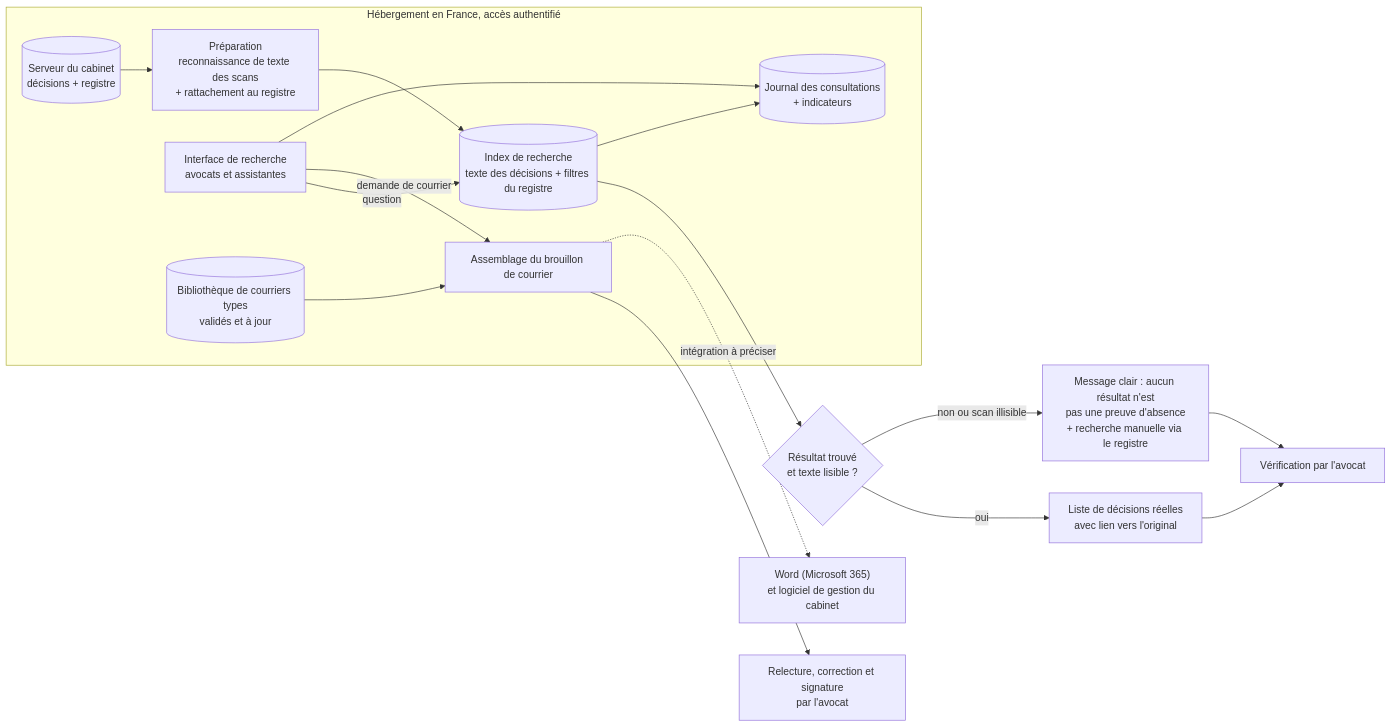
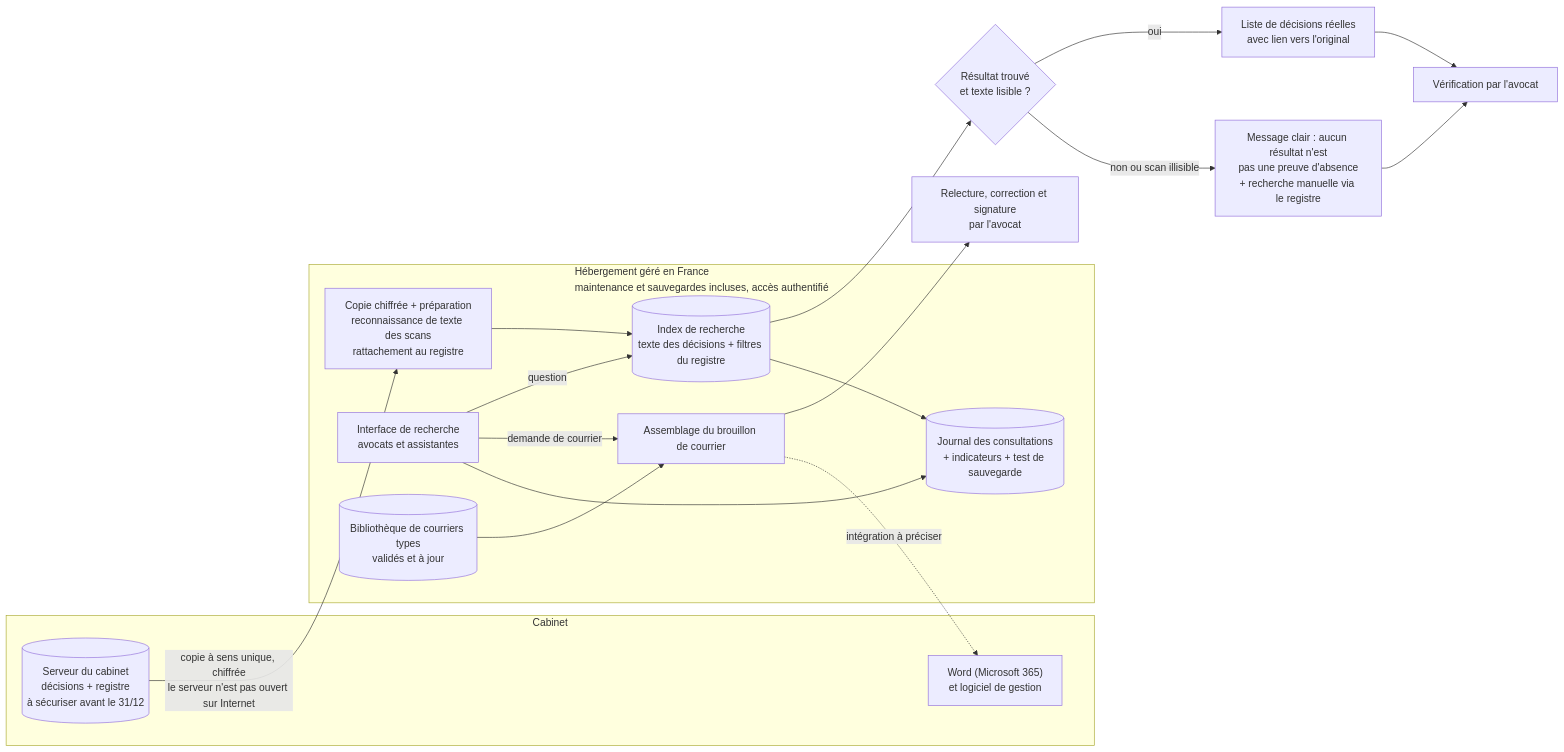
The diagram in schema_archi_cible.md (A949196/m8-b1-tom-carpentier), drawn with Mermaid before and after one commit. The commit also changed other lines of this file and 2 other files, not shown here.

````diff
--- a/schema_archi_cible.md
+++ b/schema_archi_cible.md
@@ -3,28 +3,32 @@
 ```mermaid
 flowchart LR
-    subgraph FR["Hébergement en France, accès authentifié"]
-        SRC[("Serveur du cabinet<br/>décisions + registre")]
-        PREP["Préparation<br/>reconnaissance de texte des scans<br/>+ rattachement au registre"]
+    subgraph CAB["Cabinet"]
+        SRC[("Serveur du cabinet<br/>décisions + registre<br/>à sécuriser avant le 31/12")]
+        WORD["Word (Microsoft 365)<br/>et logiciel de gestion"]
+    end
+
+    subgraph FR["Hébergement géré en France<br/>maintenance et sauvegardes incluses, accès authentifié"]
+        PREP["Copie chiffrée + préparation<br/>reconnaissance de texte des scans<br/>rattachement au registre"]
         IDX[("Index de recherche<br/>texte des décisions + filtres du registre")]
         UI["Interface de recherche<br/>avocats et assistantes"]
         MOD[("Bibliothèque de courriers types<br/>validés et à jour")]
         DRAFT["Assemblage du brouillon de courrier"]
-        LOG[("Journal des consultations<br/>+ indicateurs")]
+        LOG[("Journal des consultations<br/>+ indicateurs + test de sauvegarde")]
     end
 
-    SRC --> PREP --> IDX
+    SRC -->|"copie à sens unique, chiffrée<br/>le serveur n'est pas ouvert sur Internet"| PREP --> IDX
     UI -->|"question"| IDX
     IDX --> S{"Résultat trouvé<br/>et texte lisible ?"}
     S -->|"oui"| RES["Liste de décisions réelles<br/>avec lien vers l'original"]
     S -->|"non ou scan illisible"| MAN["Message clair : aucun résultat n'est<br/>pas une preuve d'absence<br/>+ recherche manuelle via le registre"]
     RES --> AV["Vérification par l'avocat"]
     MAN --> AV
 
     UI -->|"demande de courrier"| DRAFT
     MOD --> DRAFT
     DRAFT --> REL["Relecture, correction et signature<br/>par l'avocat"]
-    DRAFT -.->|"intégration à préciser"| WORD["Word (Microsoft 365)<br/>et logiciel de gestion du cabinet"]
+    DRAFT -.->|"intégration à préciser"| WORD
 
     UI --> LOG
     IDX --> LOG
 ```
````
